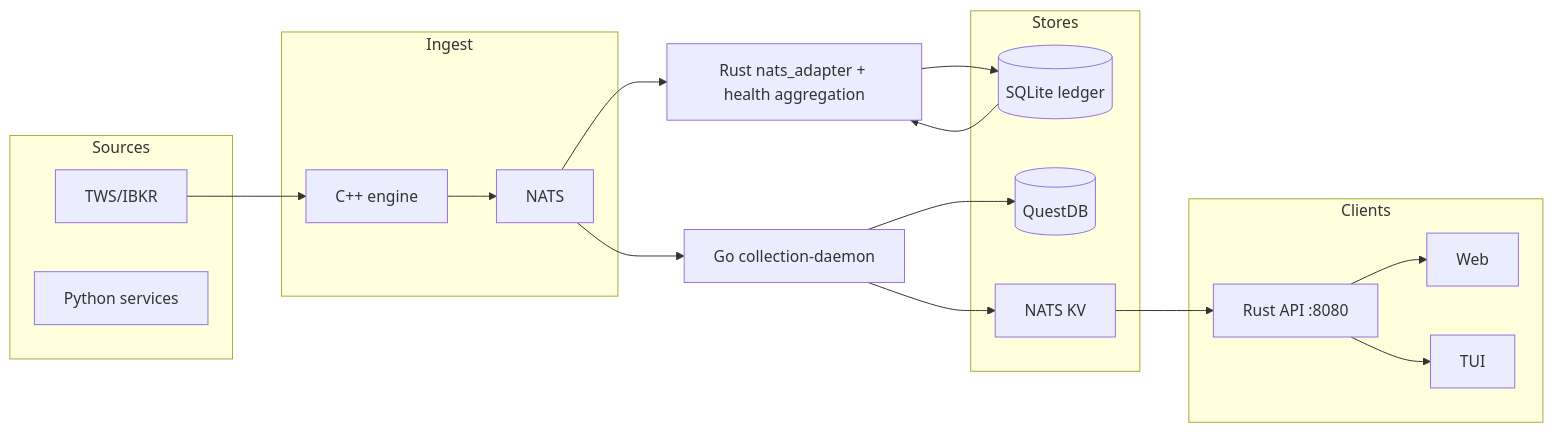
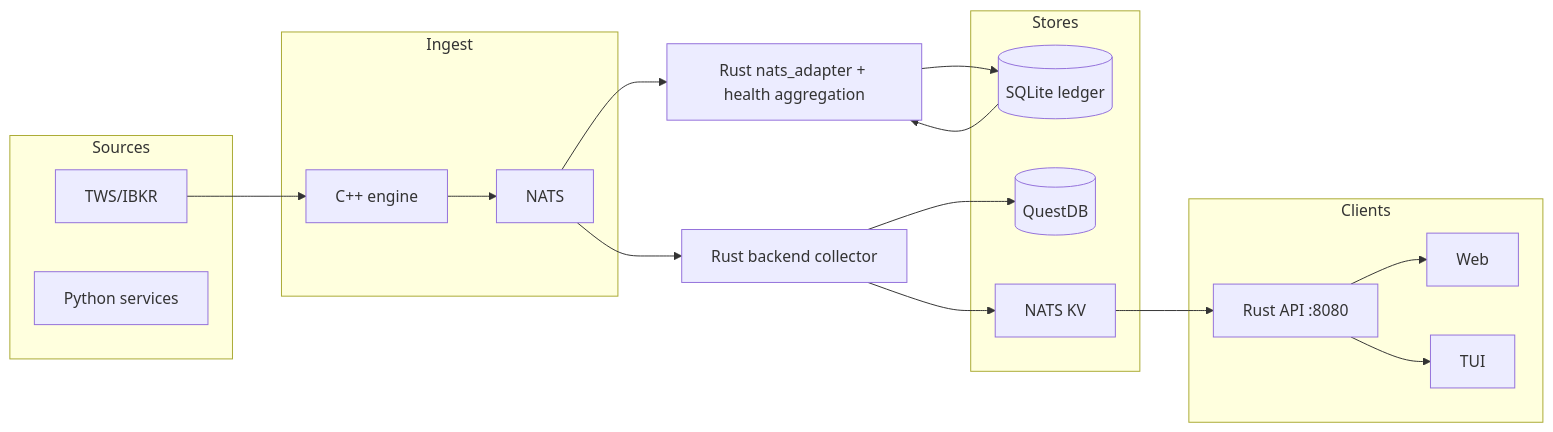
The diagram in docs/platform/DATAFLOW_ARCHITECTURE.md (davidl71/Aether), drawn with Mermaid before and after one commit. The commit also changed other lines of this file and 42 other files, not shown here.

````diff
--- a/docs/platform/DATAFLOW_ARCHITECTURE.md
+++ b/docs/platform/DATAFLOW_ARCHITECTURE.md
@@ -256,32 +256,32 @@
 ```mermaid
 flowchart LR
   subgraph sources [Sources]
     TWS[TWS/IBKR]
     Python[Python services]
   end
   subgraph ingest [Ingest]
     Cpp[C++ engine]
     Nats[NATS]
   end
   subgraph stores [Stores]
     Ledger[(SQLite ledger)]
     QDB[(QuestDB)]
     KV[NATS KV]
   end
   subgraph clients [Clients]
     RustApi[Rust API :8080]
     Web[Web]
     TUI[TUI]
   end
   TWS --> Cpp
   Cpp --> Nats
-  Nats --> Collector[Go collection-daemon]
+  Nats --> Collector[Rust backend collector]
   Nats --> Rust[Rust nats_adapter + health aggregation]
   Collector --> QDB
   Collector --> KV
   Rust --> Ledger
   RustApi --> Web
   RustApi --> TUI
   Ledger --> Rust
   KV --> RustApi
 ```
````
